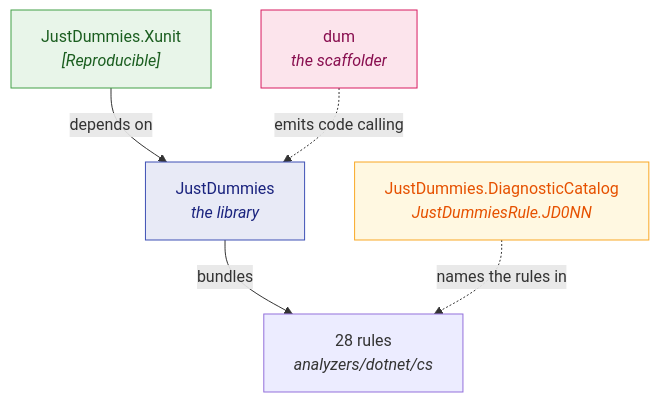
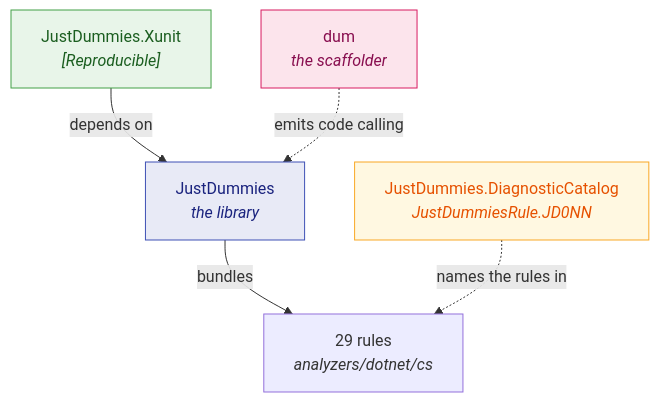
The diagram in doc/handwritten/for-users/packages/README.md (Reefact/just-dummies), drawn with Mermaid before and after one commit. The commit also changed other lines of this file and 38 other files, not shown here.

````diff
--- a/doc/handwritten/for-users/packages/README.md
+++ b/doc/handwritten/for-users/packages/README.md
@@ -18,12 +18,12 @@
 ```mermaid
 flowchart TD
-    L["JustDummies<br/><i>the library</i>"] -->|"bundles"| A["28 rules<br/><i>analyzers/dotnet/cs</i>"]
+    L["JustDummies<br/><i>the library</i>"] -->|"bundles"| A["29 rules<br/><i>analyzers/dotnet/cs</i>"]
     X["JustDummies.Xunit<br/><i>[Reproducible]</i>"] -->|"depends on"| L
     C["JustDummies.DiagnosticCatalog<br/><i>JustDummiesRule.JD0NN</i>"]
     C -.->|"names the rules in"| A
     D["dum<br/><i>the scaffolder</i>"] -.->|"emits code calling"| L
     style L fill:#e8eaf6,stroke:#3f51b5,color:#1a237e
     style X fill:#e8f5e9,stroke:#43a047,color:#1b5e20
     style C fill:#fff8e1,stroke:#f9a825,color:#e65100
     style D fill:#fce4ec,stroke:#d81b60,color:#880e4f
 ```
````
